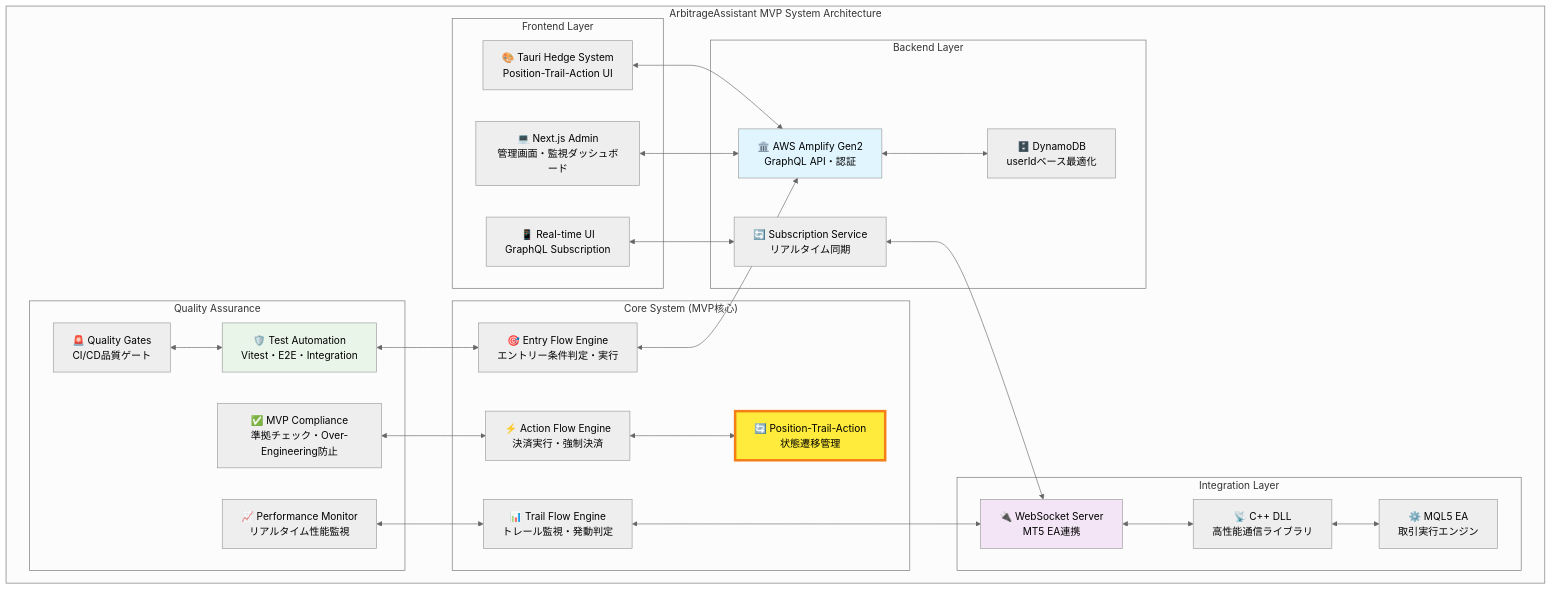
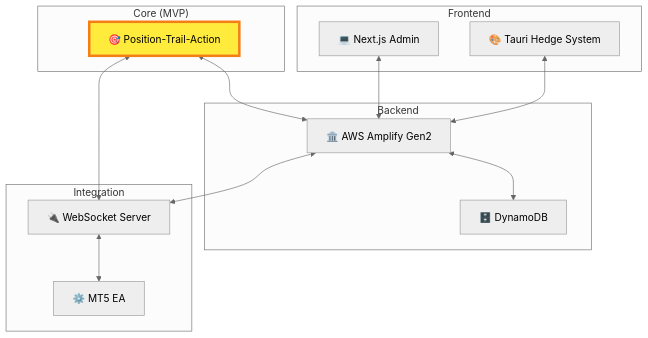
Before and after one commit to rnrnstar2/ArbitrageAssistant: the diagram in docs/README.md, drawn with Mermaid (neutral theme). The commit also changed other lines of this file and 33 other files, not shown here.

````diff
--- a/docs/README.md
+++ b/docs/README.md
@@ -15,56 +13,28 @@
 ```mermaid
 graph TB
-    subgraph "ArbitrageAssistant MVP System Architecture"
-        subgraph "Frontend Layer"
-            F1[🎨 Tauri Hedge System<br/>Position-Trail-Action UI]
-            F2[💻 Next.js Admin<br/>管理画面・監視ダッシュボード]
-            F3[📱 Real-time UI<br/>GraphQL Subscription]
-        end
-        
-        subgraph "Backend Layer"
-            B1[🏛️ AWS Amplify Gen2<br/>GraphQL API・認証]
-            B2[🗄️ DynamoDB<br/>userIdベース最適化]
-            B3[🔄 Subscription Service<br/>リアルタイム同期]
-        end
-        
-        subgraph "Integration Layer"
-            I1[🔌 WebSocket Server<br/>MT5 EA連携]
-            I2[📡 C++ DLL<br/>高性能通信ライブラリ]
-            I3[⚙️ MQL5 EA<br/>取引実行エンジン]
-        end
-        
-        subgraph "Core System (MVP核心)"
-            C1[🎯 Entry Flow Engine<br/>エントリー条件判定・実行]
-            C2[📊 Trail Flow Engine<br/>トレール監視・発動判定]
-            C3[⚡ Action Flow Engine<br/>決済実行・強制決済]
-            C4[🔄 Position-Trail-Action<br/>状態遷移管理]
-        end
-        
-        subgraph "Quality Assurance"
-            Q1[🛡️ Test Automation<br/>Vitest・E2E・Integration]
-            Q2[📈 Performance Monitor<br/>リアルタイム性能監視]
-            Q3[✅ MVP Compliance<br/>準拠チェック・Over-Engineering防止]
-            Q4[🚨 Quality Gates<br/>CI/CD品質ゲート]
-        end
+    subgraph "Frontend"
+        F1[🎨 Tauri Hedge System]
+        F2[💻 Next.js Admin]
+    end
+    subgraph "Backend"
+        B1[🏛️ AWS Amplify Gen2]
+        B2[🗄️ DynamoDB]
+    end
+    subgraph "Integration"
+        I1[🔌 WebSocket Server]
+        I2[⚙️ MT5 EA]
+    end
+    subgraph "Core (MVP)"
+        C1[🎯 Position-Trail-Action]
     end
     
     F1 <--> B1
     F2 <--> B1
-    F3 <--> B3
     B1 <--> B2
-    B3 <--> I1
+    B1 <--> I1
     I1 <--> I2
-    I2 <--> I3
     C1 <--> B1
-    C2 <--> I1
-    C3 <--> C4
-    Q1 <--> C1
-    Q2 <--> C2
-    Q3 <--> C3
-    Q4 <--> Q1
+    C1 <--> I1
     
-    style C4 fill:#ffeb3b,stroke:#f57f17,stroke-width:4px
-    style B1 fill:#e1f5fe
-    style I1 fill:#f3e5f5
-    style Q1 fill:#e8f5e8
+    style C1 fill:#ffeb3b,stroke:#f57f17,stroke-width:4px
 ```
````
